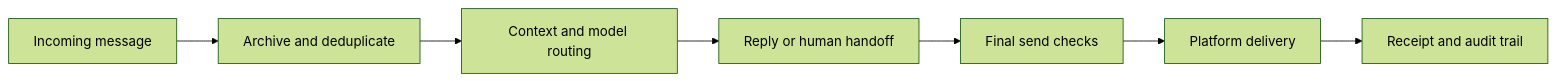
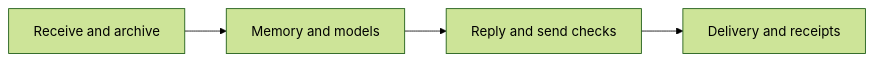
Before and after one commit to CatAlvin/Neko-AI-Chat: the first of 2 diagrams in README.md, drawn with Mermaid (forest theme).

Commit message:
Improve overview diagram readability and focus the project narrative

````diff
--- a/README.md
+++ b/README.md
@@ -27,9 +27,6 @@
 ```mermaid
 flowchart LR
-  A[Incoming message] --> B[Archive and deduplicate]
-  B --> C[Context and model routing]
-  C --> D[Reply or human handoff]
-  D --> E[Final send checks]
-  E --> F[Platform delivery]
-  F --> G[Receipt and audit trail]
+  A[Receive and archive] --> B[Memory and models]
+  B --> C[Reply and send checks]
+  C --> D[Delivery and receipts]
 ```
````
